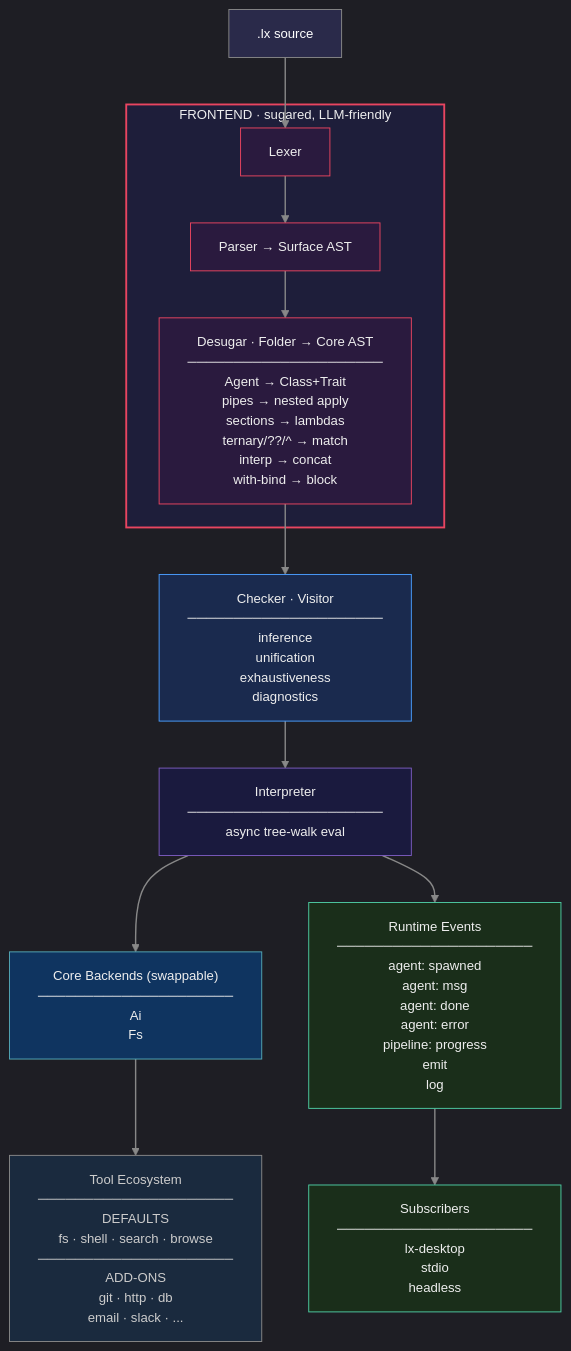
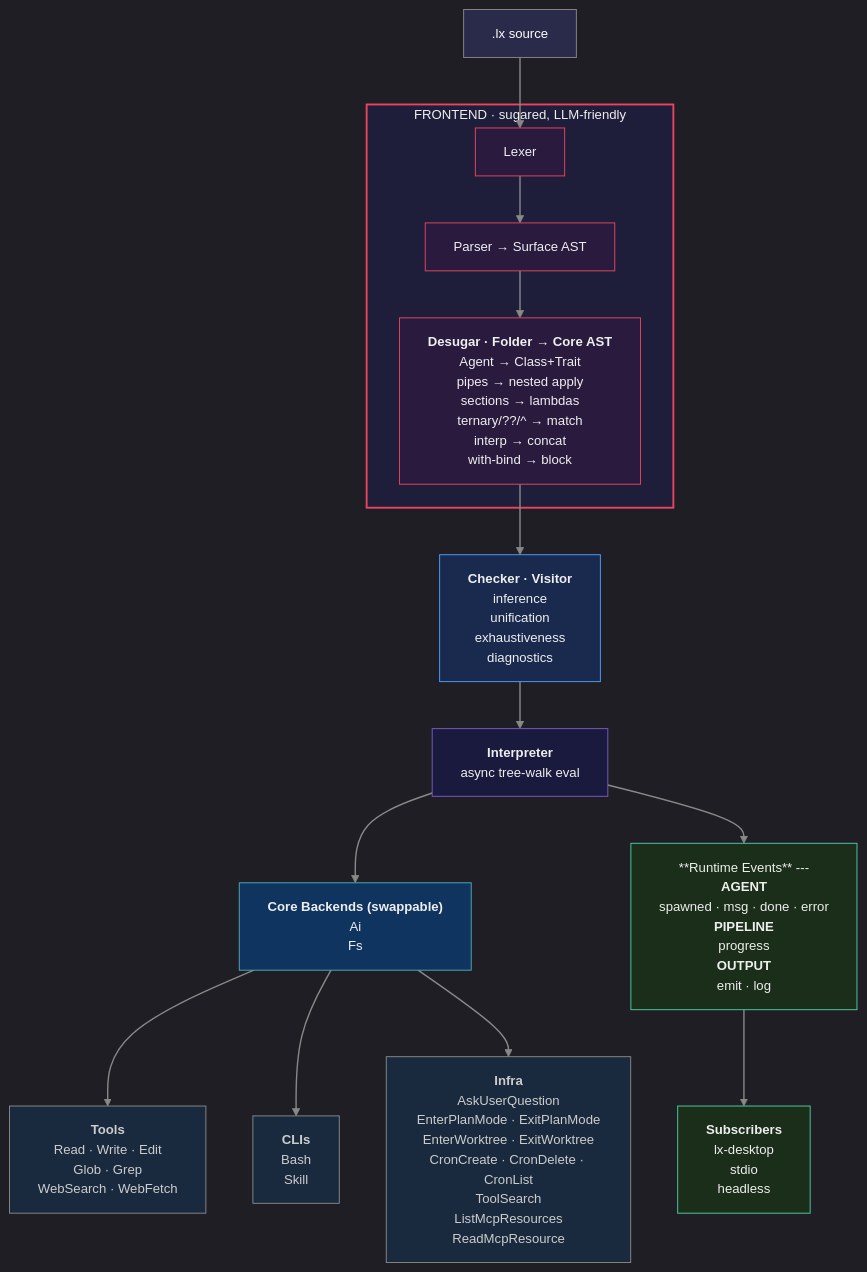
The diagram in DIAGRAM.mmd (Distortedlogic/lx), drawn with Mermaid before and after one commit. The commit also changed 63 other files, not shown here.

Commit message:
Update DIAGRAM.mmd, DIAGRAM.png, UX_UI_DESIGN_UPDATE.md, and 61 more files

```diff
--- a/DIAGRAM.mmd
+++ b/DIAGRAM.mmd
@@ -1,34 +1,73 @@
 %%{init: {'theme': 'dark', 'themeVariables': {'primaryColor': '#2a2a4a', 'primaryTextColor': '#e0e0e0', 'primaryBorderColor': '#555', 'lineColor': '#888', 'fontSize': '14px', 'fontFamily': 'monospace'}}}%%
 
 graph TD
     source[".lx source"]
 
     subgraph FRONTEND ["FRONTEND · sugared, LLM-friendly"]
         lexer["Lexer"] --> parser["Parser → Surface AST"]
-        parser --> desugar["Desugar · Folder → Core AST<br>─────────────────────<br>Agent → Class+Trait<br>pipes → nested apply<br>sections → lambdas<br>ternary/??/^ → match<br>interp → concat<br>with-bind → block"]
+        parser --> desugar["`**Desugar · Folder → Core AST**
+Agent → Class+Trait
+pipes → nested apply
+sections → lambdas
+ternary/??/^ → match
+interp → concat
+with-bind → block`"]
     end
 
     source --> lexer
-    desugar --> checker["Checker · Visitor<br>─────────────────────<br>inference<br>unification<br>exhaustiveness<br>diagnostics"]
-    checker --> interpreter["Interpreter<br>─────────────────────<br>async tree-walk eval"]
+    desugar --> checker["`**Checker · Visitor**
+inference
+unification
+exhaustiveness
+diagnostics`"]
+    checker --> interpreter["`**Interpreter**
+async tree-walk eval`"]
 
-    interpreter --> backends["Core Backends #40;swappable#41;<br>─────────────────────<br>Ai<br>Fs"]
-    interpreter --> events["Runtime Events<br>─────────────────────<br>agent: spawned<br>agent: msg<br>agent: done<br>agent: error<br>pipeline: progress<br>emit<br>log"]
+    interpreter --> backends["`**Core Backends (swappable)**
+Ai
+Fs`"]
+    interpreter --> events["`**Runtime Events**
+---
+**AGENT**
+spawned · msg · done · error
+**PIPELINE**
+progress
+**OUTPUT**
+emit · log`"]
 
-    backends --> tools["Tool Ecosystem<br>─────────────────────<br>DEFAULTS<br>fs · shell · search · browse<br>─────────────────────<br>ADD-ONS<br>git · http · db<br>email · slack · ..."]
+    backends --> tools["`**Tools**
+Read · Write · Edit
+Glob · Grep
+WebSearch · WebFetch`"]
+    backends --> clis["`**CLIs**
+Bash
+Skill`"]
+    backends --> infra["`**Infra**
+AskUserQuestion
+EnterPlanMode · ExitPlanMode
+EnterWorktree · ExitWorktree
+CronCreate · CronDelete · CronList
+ToolSearch
+ListMcpResources
+ReadMcpResource`"]
 
-    events --> subs["Subscribers<br>─────────────────────<br>lx-desktop<br>stdio<br>headless"]
+    events --> subs["`**Subscribers**
+lx-desktop
+stdio
+headless`"]
 
     style FRONTEND fill:#1e1e3a,stroke:#e94560,color:#eee,stroke-width:2px
     style source fill:#2a2a4a,stroke:#888,color:#fff
     style lexer fill:#2a1a3e,stroke:#e94560,color:#eee
     style parser fill:#2a1a3e,stroke:#e94560,color:#eee
     style desugar fill:#2a1a3e,stroke:#e94560,color:#eee
     style checker fill:#1a2a4e,stroke:#4a9eff,color:#eee
     style interpreter fill:#1a1a3e,stroke:#7c5cbf,color:#eee
     style backends fill:#0f3460,stroke:#53a8b6,color:#eee
     style tools fill:#1a2a3e,stroke:#888,color:#ccc
+    style clis fill:#1a2a3e,stroke:#888,color:#ccc
+    style infra fill:#1a2a3e,stroke:#888,color:#ccc
     style events fill:#1a2e1a,stroke:#4ecca3,color:#eee
     style subs fill:#1a2e1a,stroke:#4ecca3,color:#eee
 
     linkStyle default stroke:#888,stroke-width:1.5px
```
